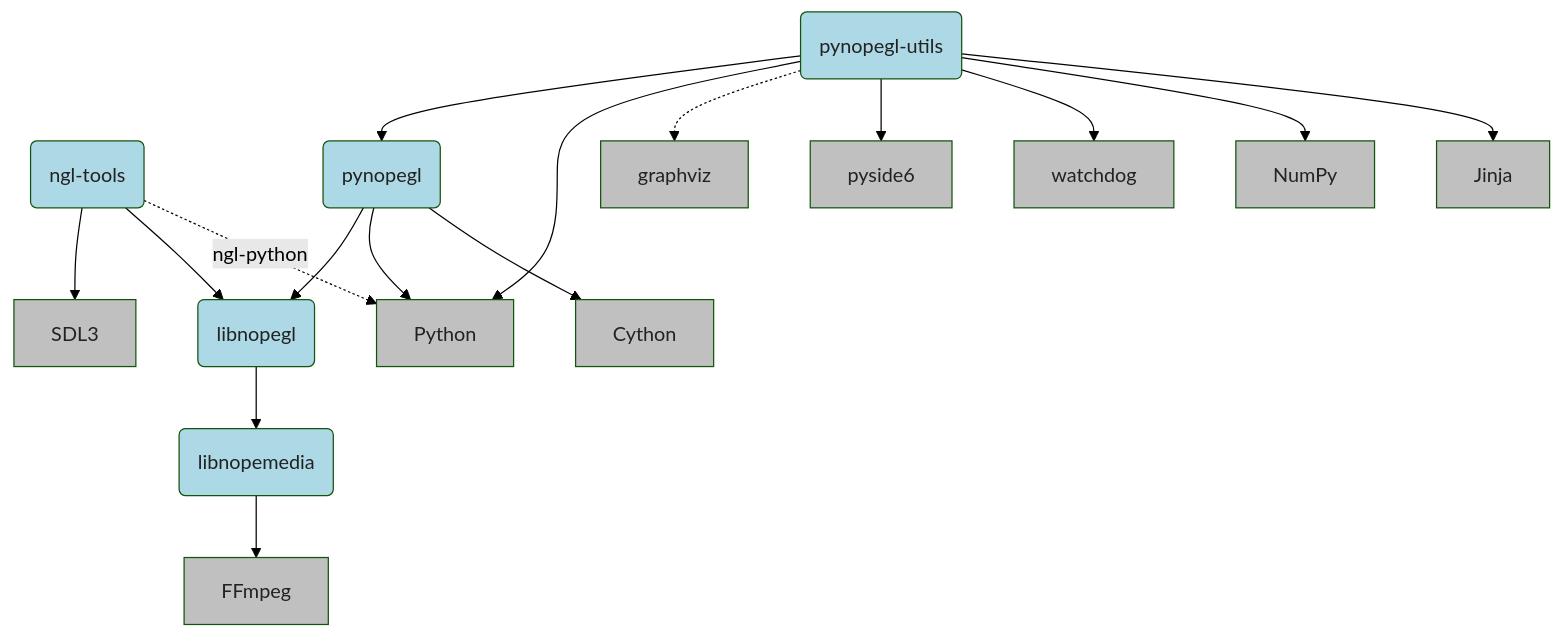
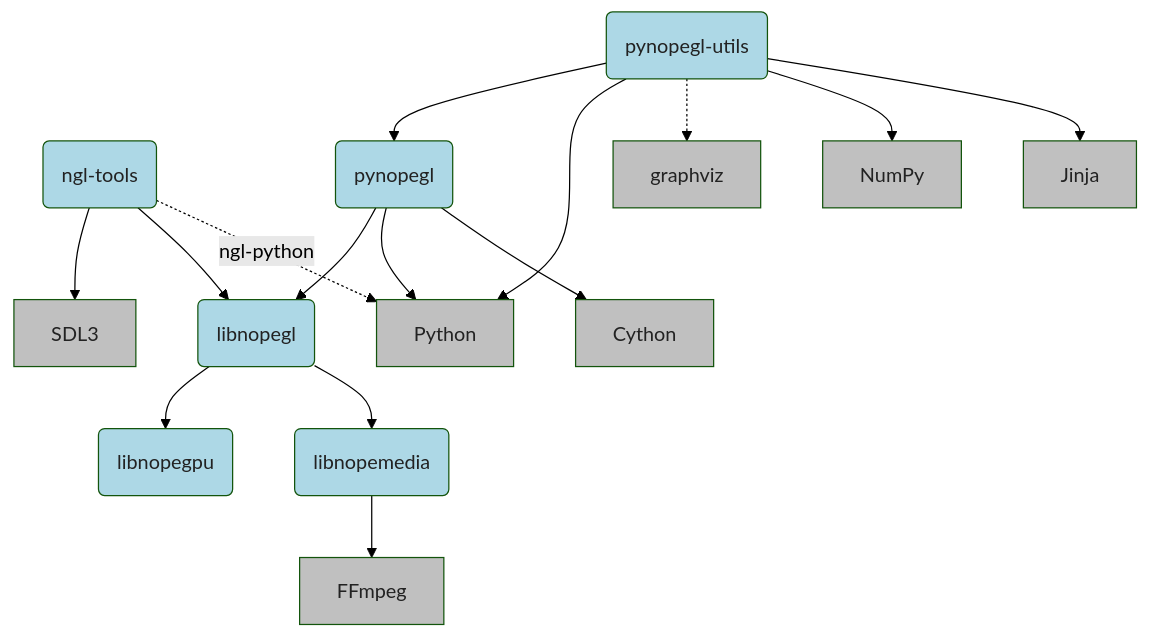
The diagram in doc/dev/ref/architecture.md (mbouron/nope.gl), drawn with Mermaid (forest theme) before and after one commit. The commit also changed other lines of this file, not shown here.

Commit message:
doc: update the architecture overview

````diff
--- a/doc/dev/ref/architecture.md
+++ b/doc/dev/ref/architecture.md
@@ -30,36 +30,36 @@
 ```{mermaid}
 graph
     libnopegl(libnopegl)
+    libnopegpu(libnopegpu)
     libnopemedia(libnopemedia)
     ngl_tools(ngl-tools)
     pynopegl(pynopegl)
     pynopegl_utils(pynopegl-utils)
 
     cython[Cython]
     ffmpeg[FFmpeg]
     python[Python]
     sdl3[SDL3]
     numpy[NumPy]
     jinja[Jinja]
 
     libnopemedia --> ffmpeg
+    libnopegl --> libnopegpu
     libnopegl --> libnopemedia
     ngl_tools --> sdl3
     ngl_tools --> libnopegl
     ngl_tools -. ngl-python .-> python
     pynopegl --> libnopegl
     pynopegl --> python
     pynopegl --> cython
     pynopegl_utils --> pynopegl
     pynopegl_utils --> python
     pynopegl_utils -.-> graphviz
-    pynopegl_utils --> pyside6
-    pynopegl_utils --> watchdog
     pynopegl_utils --> numpy
     pynopegl_utils --> jinja
 
     classDef ngldep fill:#add8e6,color:#222
     classDef extdep fill:#c0c0c0,color:#222
-    class libnopegl,libnopemedia,ngl_tools,pynopegl,pynopegl_utils ngldep
-    class ffmpeg,sdl3,python,cython,graphviz,pyside6,watchdog,numpy,jinja extdep
+    class libnopegl,libnopegpu,libnopemedia,ngl_tools,pynopegl,pynopegl_utils ngldep
+    class ffmpeg,sdl3,python,cython,graphviz,numpy,jinja extdep
 ```
````
